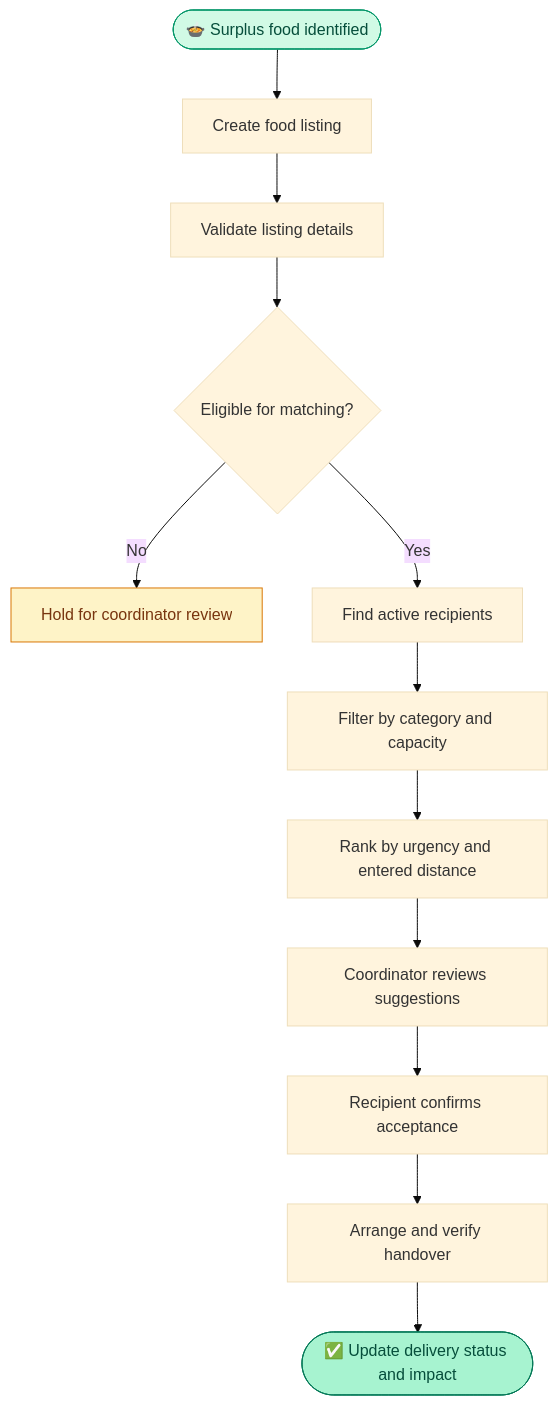
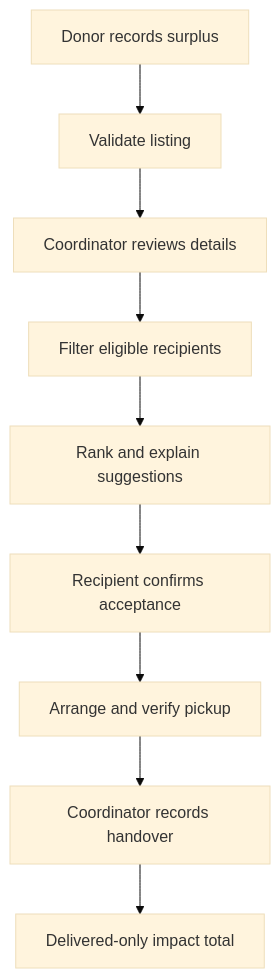
Before and after one commit to saniya-dogra/mess2meal: the first of 2 diagrams in README.md, drawn with Mermaid (base theme). The commit also changed other lines of this file, not shown here.

````diff
--- a/README.md
+++ b/README.md
@@ -93,17 +40,11 @@
 ```mermaid
 flowchart TD
-    A(["🍲 Surplus food identified"]) --> B["Create food listing"]
-    B --> C["Validate listing details"]
-    C --> D{"Eligible for matching?"}
-    D -->|No| E["Hold for coordinator review"]
-    D -->|Yes| F["Find active recipients"]
-    F --> G["Filter by category and capacity"]
-    G --> H["Rank by urgency and entered distance"]
-    H --> I["Coordinator reviews suggestions"]
-    I --> J["Recipient confirms acceptance"]
-    J --> K["Arrange and verify handover"]
-    K --> L(["✅ Update delivery status and impact"])
-    style A fill:#d1fae5,stroke:#059669,color:#064e3b
-    style L fill:#a7f3d0,stroke:#047857,color:#064e3b
-    style E fill:#fef3c7,stroke:#d97706,color:#78350f
+  A[Donor records surplus] --> B[Validate listing]
+  B --> C[Coordinator reviews details]
+  C --> D[Filter eligible recipients]
+  D --> E[Rank and explain suggestions]
+  E --> F[Recipient confirms acceptance]
+  F --> G[Arrange and verify pickup]
+  G --> H[Coordinator records handover]
+  H --> I[Delivered-only impact total]
 ```
````
